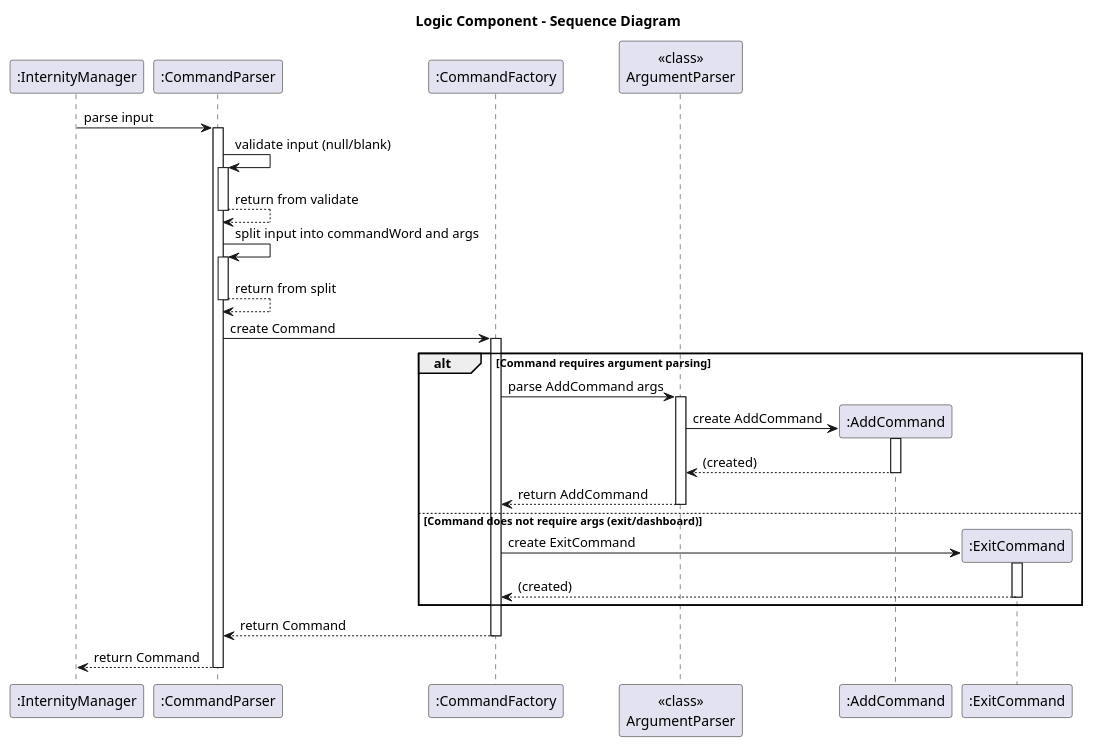
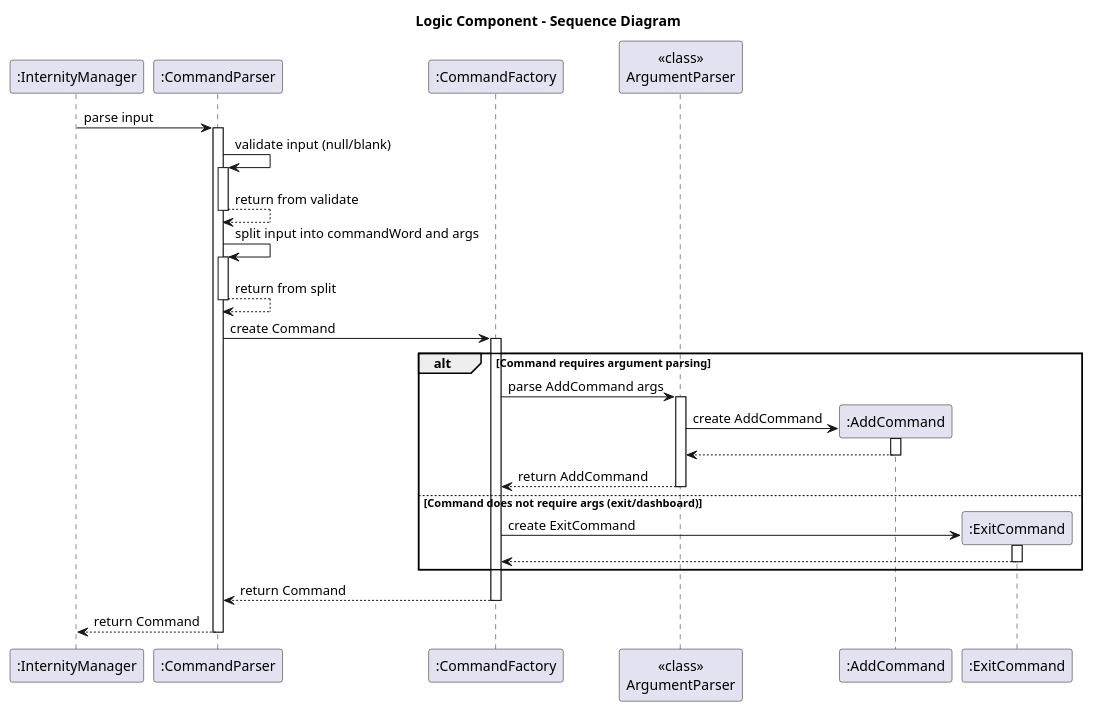
One commit to AY2526S1-CS2113-W14-4/tp changed the diagram in docs/diagrams/LogicComponentSD.puml. Above: the diagram before and after it, drawn with PlantUML. The commit also changed 23 other files, not shown here.

Commit message:
Fix constructor notation for UML

```diff
--- a/docs/diagrams/LogicComponentSD.puml
+++ b/docs/diagrams/LogicComponentSD.puml
@@ -1,52 +1,52 @@
 @startuml
 title Logic Component - Sequence Diagram
 
 participant ":InternityManager" as IM
 participant ":CommandParser" as CP
 participant ":CommandFactory" as CF
 participant "<<class>>\nArgumentParser" as AP
 participant ":AddCommand" as AddC
 participant ":ExitCommand" as ExitC
 
 IM -> CP: parse input
 activate CP
 
 ' --- validate input ---
 CP -> CP: validate input (null/blank)
 activate CP
 CP --> CP: return from validate
 deactivate CP
 
 ' --- split input ---
 CP -> CP: split input into commandWord and args
 activate CP
 CP --> CP: return from split
 deactivate CP
 
 ' --- create command via factory ---
 CP -> CF: create Command
 activate CF
 
 alt Command requires argument parsing
     CF -> AP: parse AddCommand args
     activate AP
     AP -> AddC**: create AddCommand
     activate AddC
-    return (created)
+    return
     deactivate AddC
     AP --> CF: return AddCommand
     deactivate AP
 else Command does not require args (exit/dashboard)
     CF -> ExitC**: create ExitCommand
     activate ExitC
-    return (created)
+    return
     deactivate ExitC
 end
 
 CF --> CP: return Command
 deactivate CF
 
 CP --> IM: return Command
 deactivate CP
 
 @enduml
```
